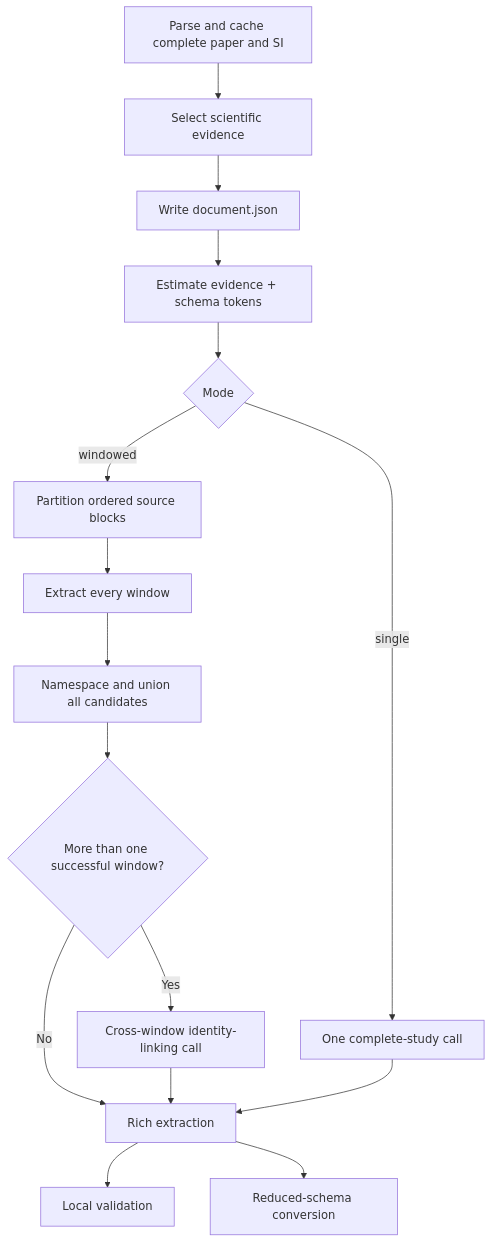
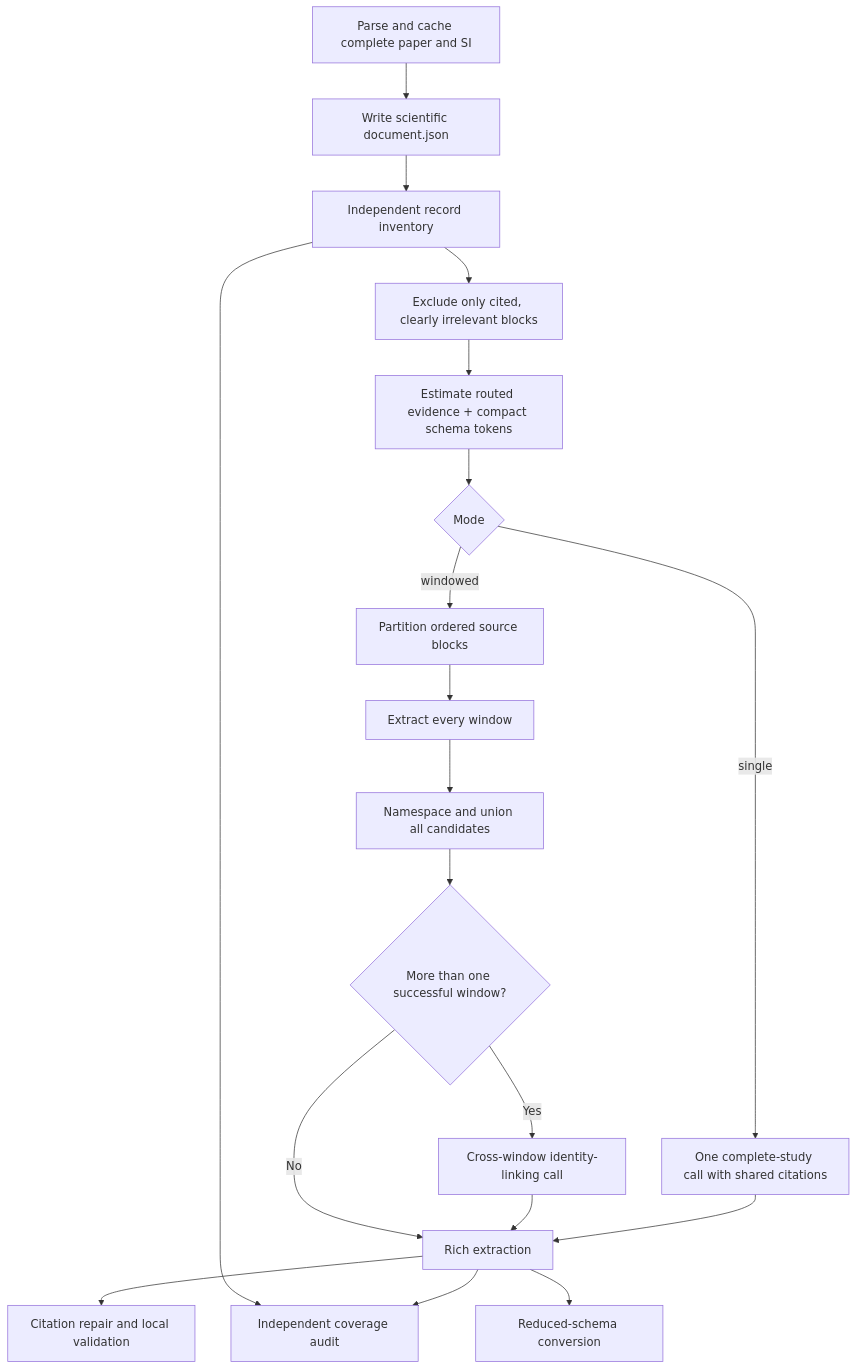
Before and after one commit to lamalab-org/perla-extract: the diagram in docs/workflows/extraction.md, drawn with Mermaid. The commit also changed other lines of this file and 18 other files, not shown here.

Commit message:
feat: add evidence-routed atomic extraction

````diff
--- a/docs/workflows/extraction.md
+++ b/docs/workflows/extraction.md
@@ -8,18 +11,21 @@
 ```mermaid
 flowchart TD
-    A["Parse and cache complete paper and SI"] --> B["Select scientific evidence"]
-    B --> C0["Write document.json"]
-    C0 --> C["Estimate evidence + schema tokens"]
+    A["Parse and cache complete paper and SI"] --> B["Write scientific document.json"]
+    B --> C0["Independent record inventory"]
+    C0 --> C1["Exclude only cited, clearly irrelevant blocks"]
+    C1 --> C["Estimate routed evidence + compact schema tokens"]
     C --> D{"Mode"}
-    D -->|single| E["One complete-study call"]
+    D -->|single| E["One complete-study call with shared citations"]
     D -->|windowed| F["Partition ordered source blocks"]
     F --> G["Extract every window"]
     G --> H["Namespace and union all candidates"]
     H --> I{"More than one successful window?"}
     I -->|Yes| J["Cross-window identity-linking call"]
     I -->|No| K["Rich extraction"]
     J --> K
     E --> K
-    K --> L["Local validation"]
+    K --> L["Citation repair and local validation"]
+    C0 --> N["Independent coverage audit"]
+    K --> N
     K --> M["Reduced-schema conversion"]
 ```
````
